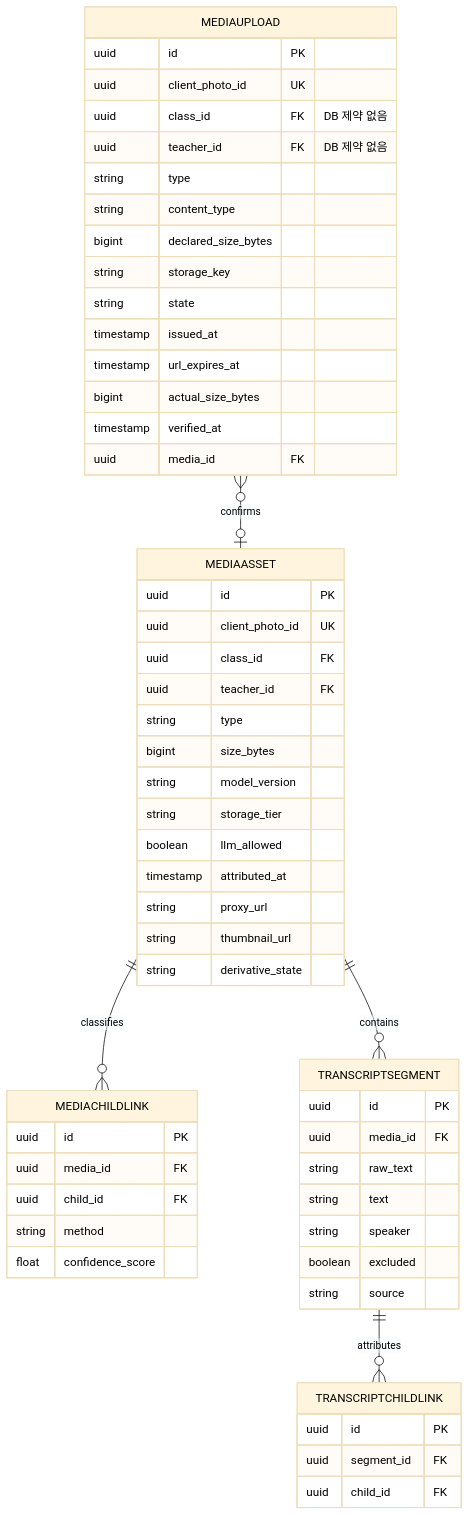
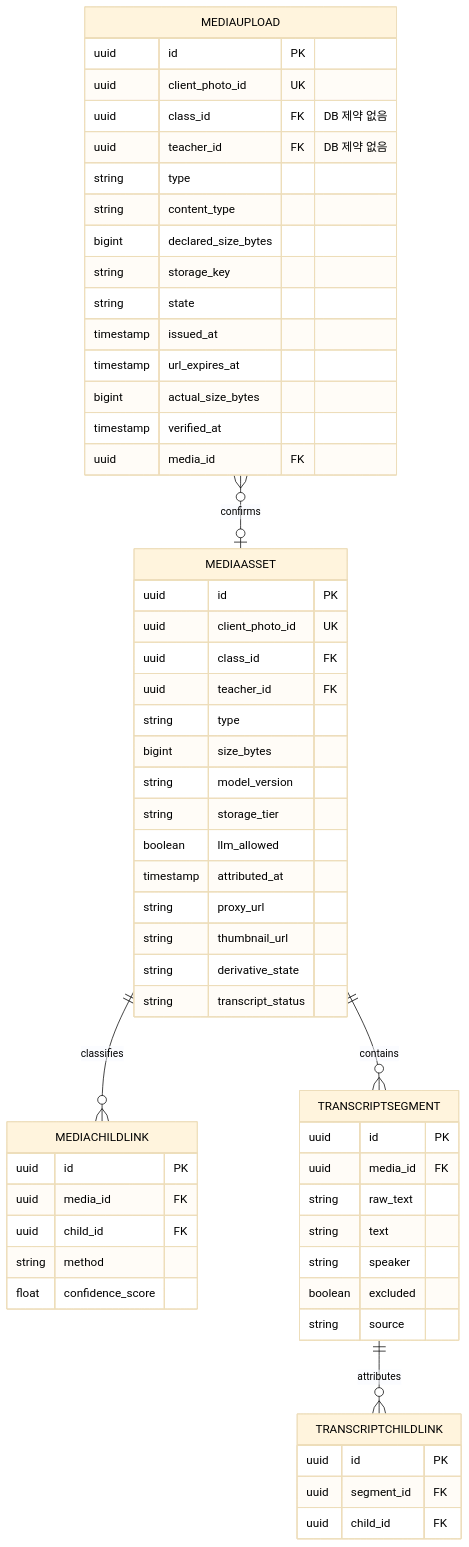
Before and after one commit to kakaotechcampus-4/ktc4-chungnam-4: the third of 8 diagrams in docs/테크스펙.md, drawn with Mermaid. The commit also changed other lines of this file, not shown here.

First line of the commit message:
docs: add transcript status and no-speech rule to spec

````diff
--- a/docs/테크스펙.md
+++ b/docs/테크스펙.md
@@ -530,60 +530,61 @@
 ```mermaid
 %%{init: {'theme':'base', 'themeVariables': {'primaryTextColor':'#000000','textColor':'#000000','lineColor':'#000000'}}}%%
 erDiagram
   MEDIAASSET {
     uuid id PK
     uuid client_photo_id UK
     uuid class_id FK
     uuid teacher_id FK
     string type
     bigint size_bytes
     string model_version
     string storage_tier
     boolean llm_allowed
     timestamp attributed_at
     string proxy_url
     string thumbnail_url
     string derivative_state
+    string transcript_status
   }
   MEDIAUPLOAD {
     uuid id PK
     uuid client_photo_id UK
     uuid class_id FK "DB 제약 없음"
     uuid teacher_id FK "DB 제약 없음"
     string type
     string content_type
     bigint declared_size_bytes
     string storage_key
     string state
     timestamp issued_at
     timestamp url_expires_at
     bigint actual_size_bytes
     timestamp verified_at
     uuid media_id FK
   }
   MEDIACHILDLINK {
     uuid id PK
     uuid media_id FK
     uuid child_id FK
     string method
     float confidence_score
   }
   TRANSCRIPTSEGMENT {
     uuid id PK
     uuid media_id FK
     string raw_text
     string text
     string speaker
     boolean excluded
     string source
   }
   TRANSCRIPTCHILDLINK {
     uuid id PK
     uuid segment_id FK
     uuid child_id FK
   }
   MEDIAUPLOAD }o--o| MEDIAASSET : confirms
   MEDIAASSET ||--o{ MEDIACHILDLINK : classifies
   MEDIAASSET ||--o{ TRANSCRIPTSEGMENT : contains
   TRANSCRIPTSEGMENT ||--o{ TRANSCRIPTCHILDLINK : attributes
 ```
````
